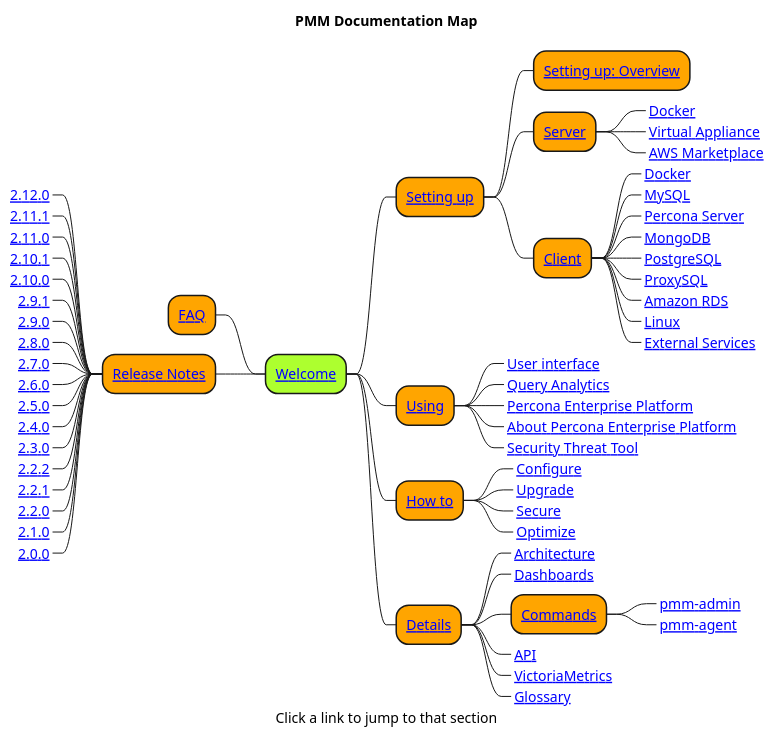
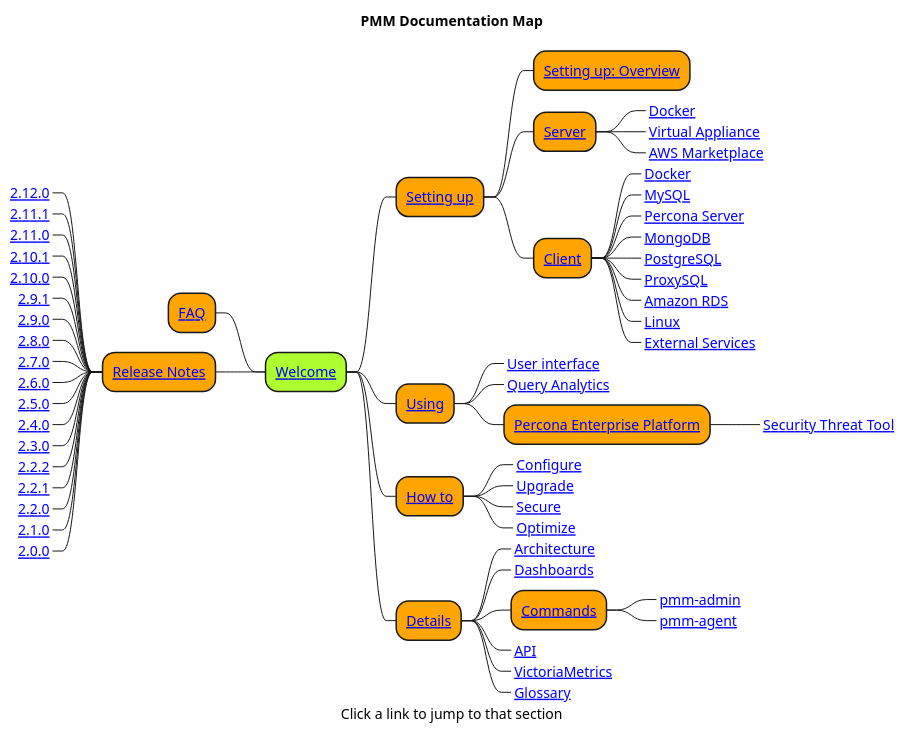
The diagram in resources/Map.puml (percona/pmm-doc), drawn with PlantUML before and after one commit. The commit also changed 1 other file, not shown here.

Commit message:
Correct Platform hierarchy and prominence

```diff
--- a/resources/Map.puml
+++ b/resources/Map.puml
@@ -1,79 +1,79 @@
 @startmindmap "PMM_Documentation_Map"
 title PMM Documentation Map
 caption Click a link to jump to that section
 
 
 <style>
 mindmapDiagram {
   node {
     BackgroundColor Orange
   }
 }
 </style>
 
 *[#GreenYellow] [[https://www.percona.com/doc/percona-monitoring-and-management/2.x/index.html Welcome]]
 ** [[https://www.percona.com/doc/percona-monitoring-and-management/2.x/setting-up/ Setting up]]
 *** [[https://www.percona.com/doc/percona-monitoring-and-management/2.x/setting-up/index.html Setting up: Overview]]
 *** [[https://www.percona.com/doc/percona-monitoring-and-management/2.x/setting-up/server/ Server]]
 '****_ [[https://www.percona.com/doc/percona-monitoring-and-management/2.x/setting-up/server/ Setting up PMM Server: Overview]]
 ****_ [[https://www.percona.com/doc/percona-monitoring-and-management/2.x/setting-up/server/docker.html Docker]]
 ****_ [[https://www.percona.com/doc/percona-monitoring-and-management/2.x/setting-up/server/virtual-appliance.html Virtual Appliance]]
 ****_ [[https://www.percona.com/doc/percona-monitoring-and-management/2.x/setting-up/server/aws.html AWS Marketplace]]
 *** [[https://www.percona.com/doc/percona-monitoring-and-management/2.x/setting-up/client/ Client]]
 '****_ [[https://www.percona.com/doc/percona-monitoring-and-management/2.x/setting-up/client/ Setting up PMM Clients]]
 ****_ [[https://www.percona.com/doc/percona-monitoring-and-management/2.x/setting-up/client/docker.html Docker]]
 ****_ [[https://www.percona.com/doc/percona-monitoring-and-management/2.x/setting-up/client/mysql.html MySQL]]
 ****_ [[https://www.percona.com/doc/percona-monitoring-and-management/2.x/setting-up/client/percona-server.html Percona Server]]
 ****_ [[https://www.percona.com/doc/percona-monitoring-and-management/2.x/setting-up/client/mongodb.html MongoDB]]
 ****_ [[https://www.percona.com/doc/percona-monitoring-and-management/2.x/setting-up/client/postgresql.html PostgreSQL]]
 ****_ [[https://www.percona.com/doc/percona-monitoring-and-management/2.x/setting-up/client/proxysql.html ProxySQL]]
 ****_ [[https://www.percona.com/doc/percona-monitoring-and-management/2.x/setting-up/client/aws.html Amazon RDS]]
 ****_ [[https://www.percona.com/doc/percona-monitoring-and-management/2.x/setting-up/client/linux.html Linux]]
 ****_ [[https://www.percona.com/doc/percona-monitoring-and-management/2.x/setting-up/client/external.html External Services]]
 ** [[https://www.percona.com/doc/percona-monitoring-and-management/2.x/using/ Using]]
 '***_ [[https://www.percona.com/doc/percona-monitoring-and-management/2.x/using/ Using: Overview]]
 ***_ [[https://www.percona.com/doc/percona-monitoring-and-management/2.x/using/interface.html User interface]]
 ***_ [[https://www.percona.com/doc/percona-monitoring-and-management/2.x/using/query-analytics.html Query Analytics]]
-***_ [[https://www.percona.com/doc/percona-monitoring-and-management/2.x/using/platform/ Percona Enterprise Platform]]
-***_ [[https://www.percona.com/doc/percona-monitoring-and-management/2.x/using/platform/ About Percona Enterprise Platform]]
-***_ [[https://www.percona.com/doc/percona-monitoring-and-management/2.x/using/platform/security-threat-tool.html Security Threat Tool]]
+*** [[https://www.percona.com/doc/percona-monitoring-and-management/2.x/using/platform/ Percona Enterprise Platform]]
+'***_ [[https://www.percona.com/doc/percona-monitoring-and-management/2.x/using/platform/ About Percona Enterprise Platform]]
+****_ [[https://www.percona.com/doc/percona-monitoring-and-management/2.x/using/platform/security-threat-tool.html Security Threat Tool]]
 ** [[https://www.percona.com/doc/percona-monitoring-and-management/2.x/how-to/ How to]]
 '***_ [[https://www.percona.com/doc/percona-monitoring-and-management/2.x/how-to/ How to: Overview]]
 ***_ [[https://www.percona.com/doc/percona-monitoring-and-management/2.x/how-to/configure.html Configure]]
 ***_ [[https://www.percona.com/doc/percona-monitoring-and-management/2.x/how-to/upgrade.html Upgrade]]
 ***_ [[https://www.percona.com/doc/percona-monitoring-and-management/2.x/how-to/secure.html Secure]]
 ***_ [[https://www.percona.com/doc/percona-monitoring-and-management/2.x/how-to/optimize.html Optimize]]
 ** [[https://www.percona.com/doc/percona-monitoring-and-management/2.x/details/ Details]]
 '***_ [[https://www.percona.com/doc/percona-monitoring-and-management/2.x/details/ Details: Overview]]
 ***_ [[https://www.percona.com/doc/percona-monitoring-and-management/2.x/details/architecture.html Architecture]]
 ***_ [[https://www.percona.com/doc/percona-monitoring-and-management/2.x/details/dashboards/ Dashboards]]
 *** [[https://www.percona.com/doc/percona-monitoring-and-management/2.x/details/commands/ Commands]]
 ****_ [[https://www.percona.com/doc/percona-monitoring-and-management/2.x/details/commands/pmm-admin.html pmm-admin]]
 ****_ [[https://www.percona.com/doc/percona-monitoring-and-management/2.x/details/commands/pmm-agent.html pmm-agent]]
 ***_ [[https://www.percona.com/doc/percona-monitoring-and-management/2.x/details/api.html API]]
 ***_ [[https://www.percona.com/doc/percona-monitoring-and-management/2.x/details/victoria-metrics.html VictoriaMetrics]]
 ***_ [[https://www.percona.com/doc/percona-monitoring-and-management/2.x/details/glossary.html Glossary]]
 
 left side
 
 ** [[https://www.percona.com/doc/percona-monitoring-and-management/2.x/faq.html FAQ]]
 ** [[https://www.percona.com/doc/percona-monitoring-and-management/2.x/release-notes/ Release Notes]]
 ***_ [[https://www.percona.com/doc/percona-monitoring-and-management/2.x/release-notes/2.12.0.html 2.12.0]]
 ***_ [[https://www.percona.com/doc/percona-monitoring-and-management/2.x/release-notes/2.11.1.html 2.11.1]]
 ***_ [[https://www.percona.com/doc/percona-monitoring-and-management/2.x/release-notes/2.11.0.html 2.11.0]]
 ***_ [[https://www.percona.com/doc/percona-monitoring-and-management/2.x/release-notes/2.10.1.html 2.10.1]]
 ***_ [[https://www.percona.com/doc/percona-monitoring-and-management/2.x/release-notes/2.10.0.html 2.10.0]]
 ***_ [[https://www.percona.com/doc/percona-monitoring-and-management/2.x/release-notes/2.9.1.html 2.9.1]]
 ***_ [[https://www.percona.com/doc/percona-monitoring-and-management/2.x/release-notes/2.9.0.html 2.9.0]]
 ***_ [[https://www.percona.com/doc/percona-monitoring-and-management/2.x/release-notes/2.8.0.html 2.8.0]]
 ***_ [[https://www.percona.com/doc/percona-monitoring-and-management/2.x/release-notes/2.7.0.html 2.7.0]]
 ***_ [[https://www.percona.com/doc/percona-monitoring-and-management/2.x/release-notes/2.6.0.html 2.6.0]]
 ***_ [[https://www.percona.com/doc/percona-monitoring-and-management/2.x/release-notes/2.5.0.html 2.5.0]]
 ***_ [[https://www.percona.com/doc/percona-monitoring-and-management/2.x/release-notes/2.4.0.html 2.4.0]]
 ***_ [[https://www.percona.com/doc/percona-monitoring-and-management/2.x/release-notes/2.3.0.html 2.3.0]]
 ***_ [[https://www.percona.com/doc/percona-monitoring-and-management/2.x/release-notes/2.2.2.html 2.2.2]]
 ***_ [[https://www.percona.com/doc/percona-monitoring-and-management/2.x/release-notes/2.2.1.html 2.2.1]]
 ***_ [[https://www.percona.com/doc/percona-monitoring-and-management/2.x/release-notes/2.2.0.html 2.2.0]]
 ***_ [[https://www.percona.com/doc/percona-monitoring-and-management/2.x/release-notes/2.1.0.html 2.1.0]]
 ***_ [[https://www.percona.com/doc/percona-monitoring-and-management/2.x/release-notes/2.0.0.html 2.0.0]]
 @endmindmap
```
